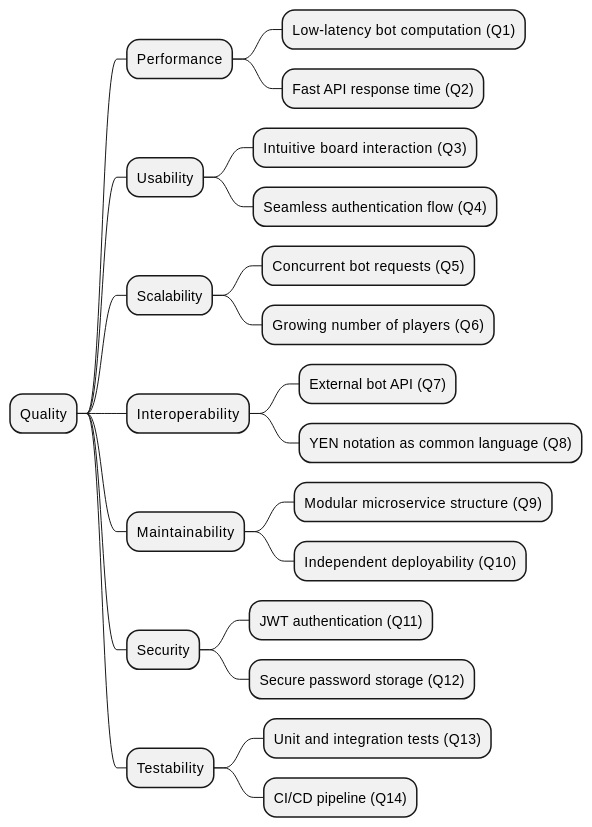
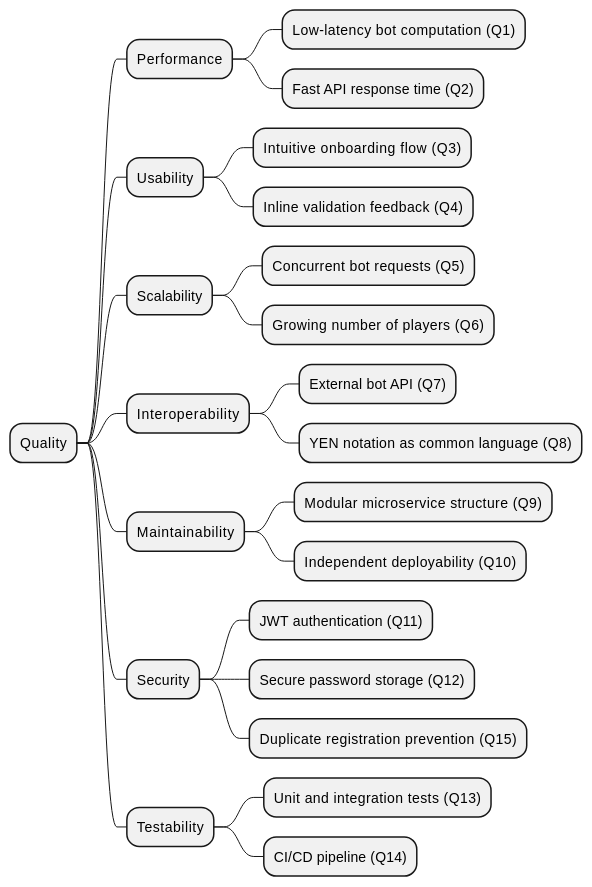
One commit to Arquisoft/yovi_en3a changed the diagram in docs/src/10_quality_requirements.adoc. Above: the diagram before and after it, drawn with PlantUML. The commit also changed other lines of this file and 3 other files, not shown here.

```diff
--- a/docs/src/10_quality_requirements.adoc
+++ b/docs/src/10_quality_requirements.adoc
@@ -32,27 +30,28 @@
 [plantuml, quality-tree, png]
 ....
 @startmindmap
 * Quality
 ** Performance
 *** Low-latency bot computation (Q1)
 *** Fast API response time (Q2)
 ** Usability
-*** Intuitive board interaction (Q3)
-*** Seamless authentication flow (Q4)
+*** Intuitive onboarding flow (Q3)
+*** Inline validation feedback (Q4)
 ** Scalability
 *** Concurrent bot requests (Q5)
 *** Growing number of players (Q6)
 ** Interoperability
 *** External bot API (Q7)
 *** YEN notation as common language (Q8)
 ** Maintainability
 *** Modular microservice structure (Q9)
 *** Independent deployability (Q10)
 ** Security
 *** JWT authentication (Q11)
 *** Secure password storage (Q12)
+*** Duplicate registration prevention (Q15)
 ** Testability
 *** Unit and integration tests (Q13)
 *** CI/CD pipeline (Q14)
 @endmindmap
 ....
```
